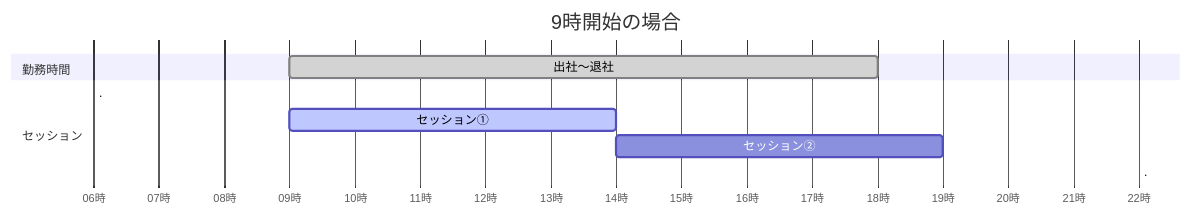
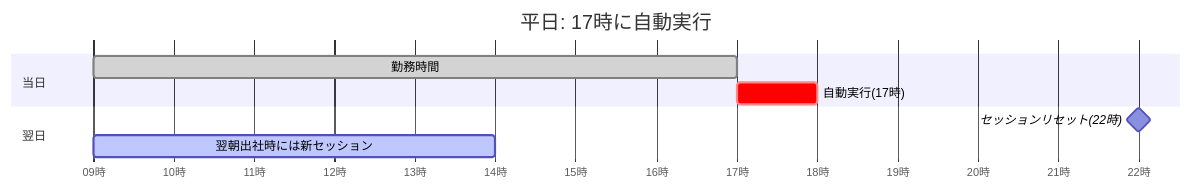
Before and after one commit to expsh13/hello-claude: the first of 3 diagrams in README.md, drawn with Mermaid. The commit also changed other lines of this file and 2 other files, not shown here.

````diff
--- a/README.md
+++ b/README.md
@@ -17,16 +19,15 @@
 ```mermaid
 gantt
-    title 9時開始の場合
+    title 平日: 17時に自動実行
     dateFormat HH:mm
     axisFormat %H時
     todayMarker off
 
-    section 勤務時間
-    出社〜退社                :done, work, 09:00, 9h
+    section 当日
+    勤務時間                  :done, work, 09:00, 8h
+    自動実行(17時)            :crit, auto, 17:00, 1h
 
-    section セッション
-    .                        :done, axis, 06:00, 0h
-    セッション①              :active, s1, 09:00, 5h
-    セッション②              :s2, 14:00, 5h
-    .                        :done, axis2, 22:00, 0h
+    section 翌日
+    セッションリセット(22時)   :milestone, reset, 22:00, 0h
+    翌朝出社時には新セッション  :active, next, 09:00, 5h
 ```
````
